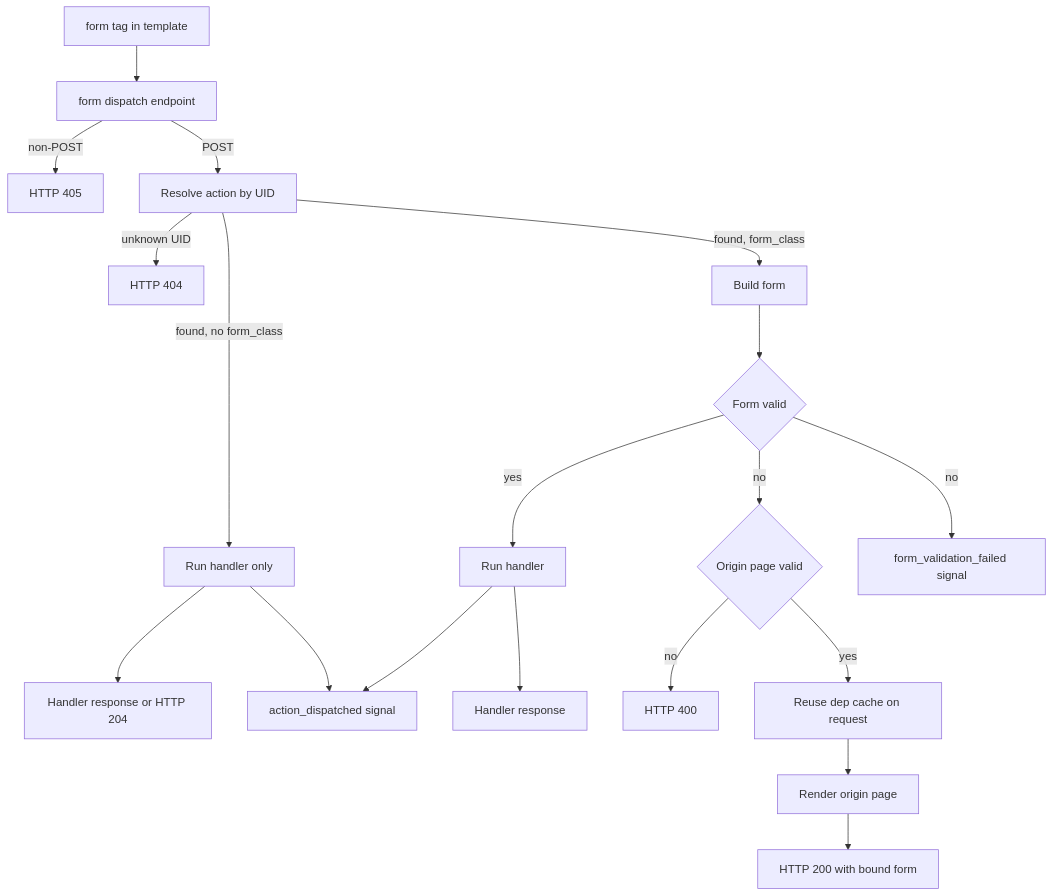
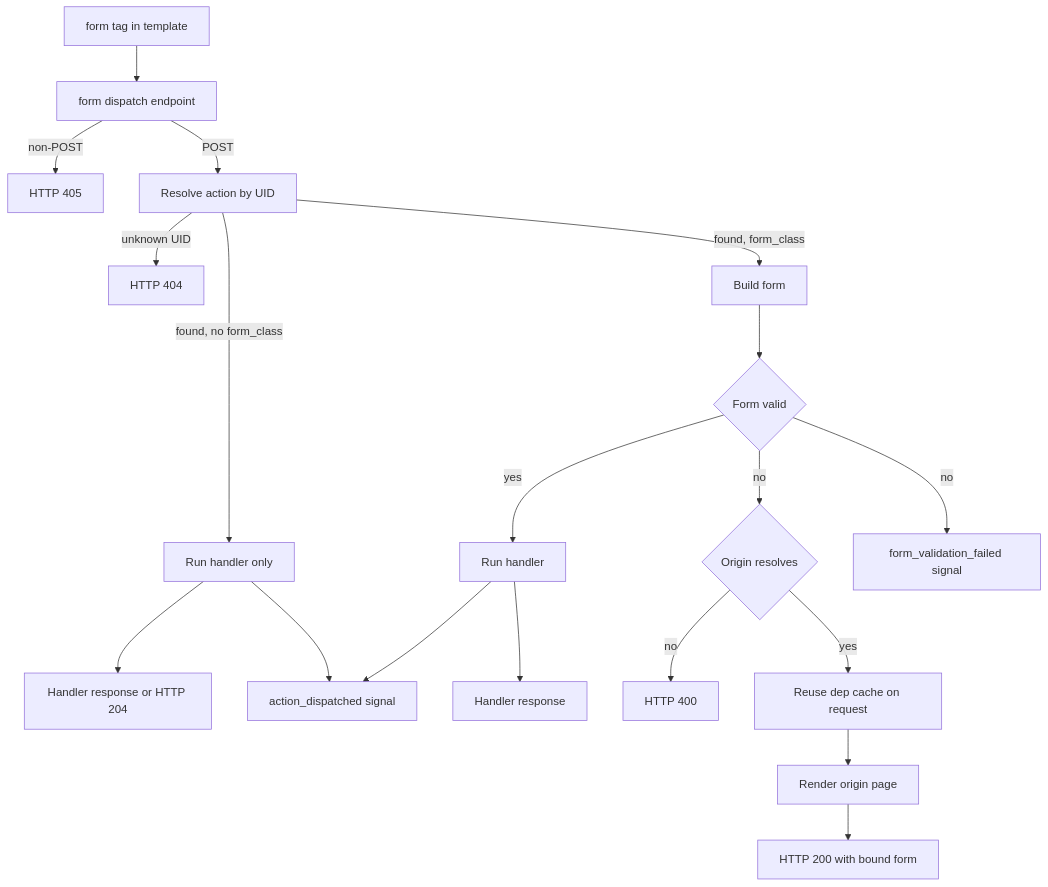
One commit to next-dj/next-dj changed the diagram in docs/content/internals/action-dispatch.rst. Above: the diagram before and after it, drawn with Mermaid. The commit also changed other lines of this file and 20 other files, not shown here.

```diff
--- a/docs/content/internals/action-dispatch.rst
+++ b/docs/content/internals/action-dispatch.rst
@@ -23,21 +23,21 @@
 .. mermaid::
 
    flowchart TB
        Template["form tag in template"] --> Endpoint["form dispatch endpoint"]
        Endpoint -- "non-POST" --> NotAllowed["HTTP 405"]
        Endpoint -- POST --> Lookup["Resolve action by UID"]
        Lookup -- unknown UID --> NotFound["HTTP 404"]
        Lookup -- "found, no form_class" --> HandlerOnly["Run handler only"]
        Lookup -- "found, form_class" --> Build["Build form"]
        HandlerOnly --> HandlerOnlyResponse["Handler response or HTTP 204"]
        HandlerOnly --> ActionDispatched["action_dispatched signal"]
        Build --> Validate{"Form valid"}
        Validate -- yes --> Handler["Run handler"]
        Handler --> Response["Handler response"]
        Handler --> ActionDispatched
-       Validate -- no --> Origin{"Origin page valid"}
+       Validate -- no --> Origin{"Origin resolves"}
        Origin -- no --> BadRequest["HTTP 400"]
        Origin -- yes --> ShareCache["Reuse dep cache on request"]
        ShareCache --> RenderOrigin["Render origin page"]
        RenderOrigin --> RerenderHTML["HTTP 200 with bound form"]
        Validate -- no --> FormFailed["form_validation_failed signal"]
```
